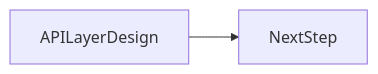
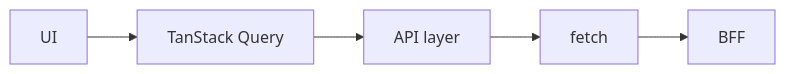
The second of 2 diagrams in docs/en/15-architecture/api-layer-design/index.md (OmidJavaherii/Frontend-Engineering-Handbook), drawn with Mermaid before and after one commit. The commit also changed other lines of this file and 461 other files, not shown here.

````diff
--- a/docs/en/15-architecture/api-layer-design/index.md
+++ b/docs/en/15-architecture/api-layer-design/index.md
@@ -95,4 +124,7 @@
 ```mermaid
 flowchart LR
-  concept[APILayerDesign] --> nextStep[NextStep]
+  UI --> Query[TanStack Query]
+  Query --> API[API layer]
+  API --> HTTP[fetch]
+  HTTP --> BFF
 ```
````
